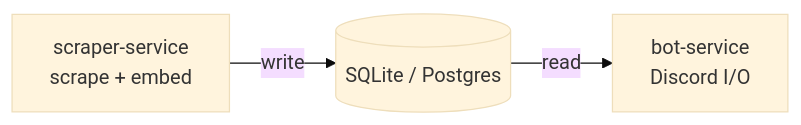
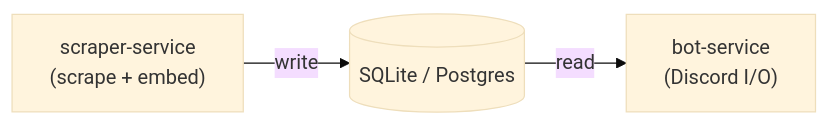
The second of 2 diagrams in README.md (ako89/advocacy_bot), drawn with Mermaid (base theme) before and after one commit. The commit also changed other lines of this file, not shown here.

Commit message:
Fix Mermaid diagram line breaks using <br> instead of \n

````diff
--- a/README.md
+++ b/README.md
@@ -44,5 +44,5 @@
 ```mermaid
 graph LR
-    Scraper["scraper-service\nscrape + embed"] -->|write| DB[("SQLite / Postgres")]
-    DB -->|read| BotSvc["bot-service\nDiscord I/O"]
+    Scraper["scraper-service<br>(scrape + embed)"] -->|write| DB[("SQLite / Postgres")]
+    DB -->|read| BotSvc["bot-service<br>(Discord I/O)"]
 ```
````
